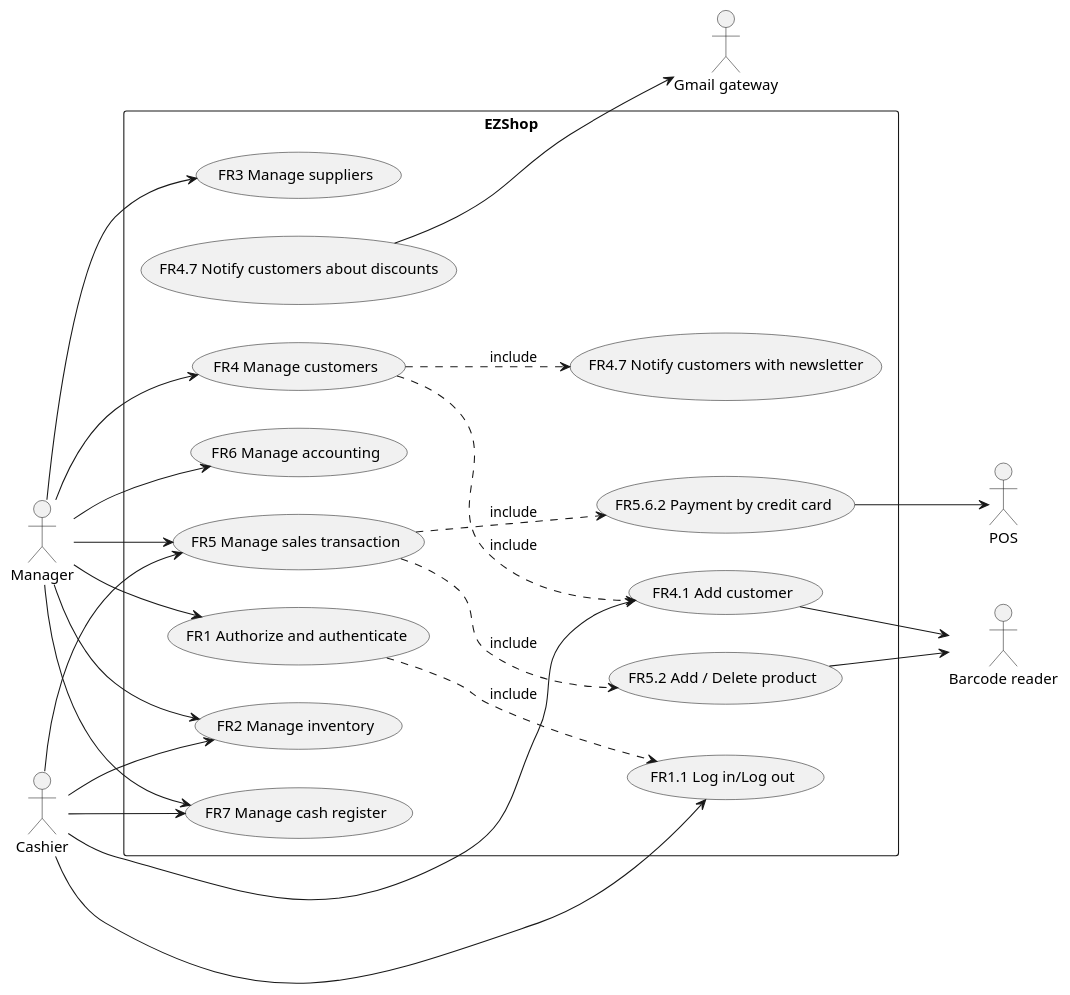
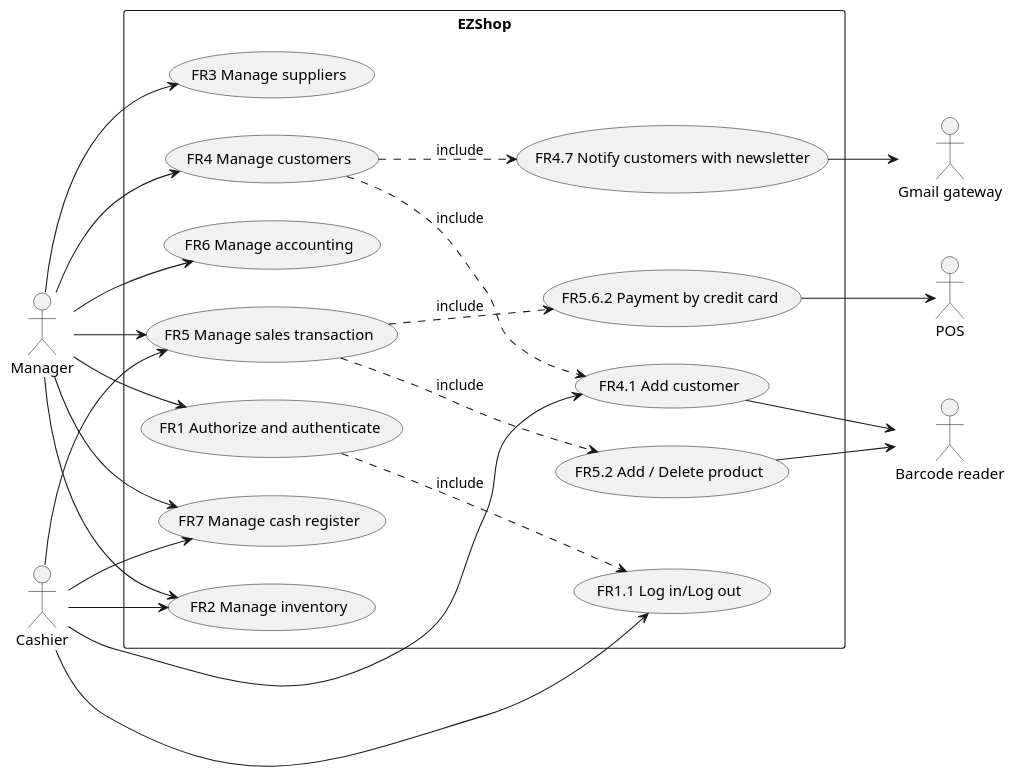
The second of 5 diagrams in Deliverables/RequirementsDocument.md (giuseppesalvi/ezshop), drawn with PlantUML before and after one commit.

Commit message:
fix: correct names in usecase diagram

````diff
--- a/Deliverables/RequirementsDocument.md
+++ b/Deliverables/RequirementsDocument.md
@@ -154,38 +154,38 @@
 ```plantuml
 left to right direction
 
 actor Manager as m
 actor Cashier as c
 actor POS as p
 actor "Barcode reader" as b
 actor "Gmail gateway" as g
 
 rectangle EZShop{
 (FR1 Authorize and authenticate) .down.> (FR1.1 Log in/Log out) :include
 m --> (FR1 Authorize and authenticate)
 (FR1.1 Log in/Log out) <-- c
 
 m --> (FR2 Manage inventory)
 c --> (FR2 Manage inventory)
 m --> (FR3 Manage suppliers)
 
 (FR4 Manage customers) .down.> (FR4.1 Add customer) :include
 (FR4 Manage customers) .down.> (FR4.7 Notify customers with newsletter) :include
 m --> (FR4 Manage customers)
 (FR4.1 Add customer) <-- c
 (FR4.1 Add customer) --> b
-(FR4.7 Notify customers about discounts) --> g
+(FR4.7 Notify customers with newsletter) --> g
 
 (FR5 Manage sales transaction) .down.> (FR5.2 Add / Delete product) :include
 (FR5 Manage sales transaction) .down.> (FR5.6.2 Payment by credit card) :include
 m --> (FR5 Manage sales transaction)
 c --> (FR5 Manage sales transaction)
 (FR5.2 Add / Delete product) --> b
 (FR5.6.2 Payment by credit card) --> p
 
 m --> (FR6 Manage accounting)
 
 m --> (FR7 Manage cash register)
 c --> (FR7 Manage cash register)
 }
 ```
````
